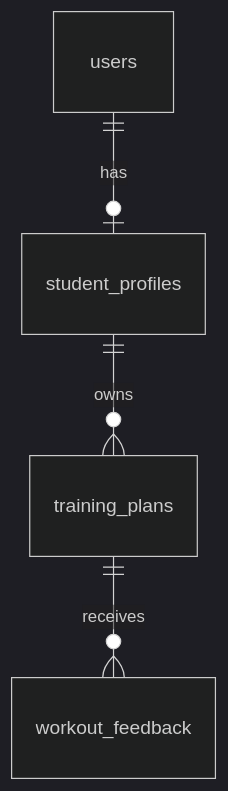
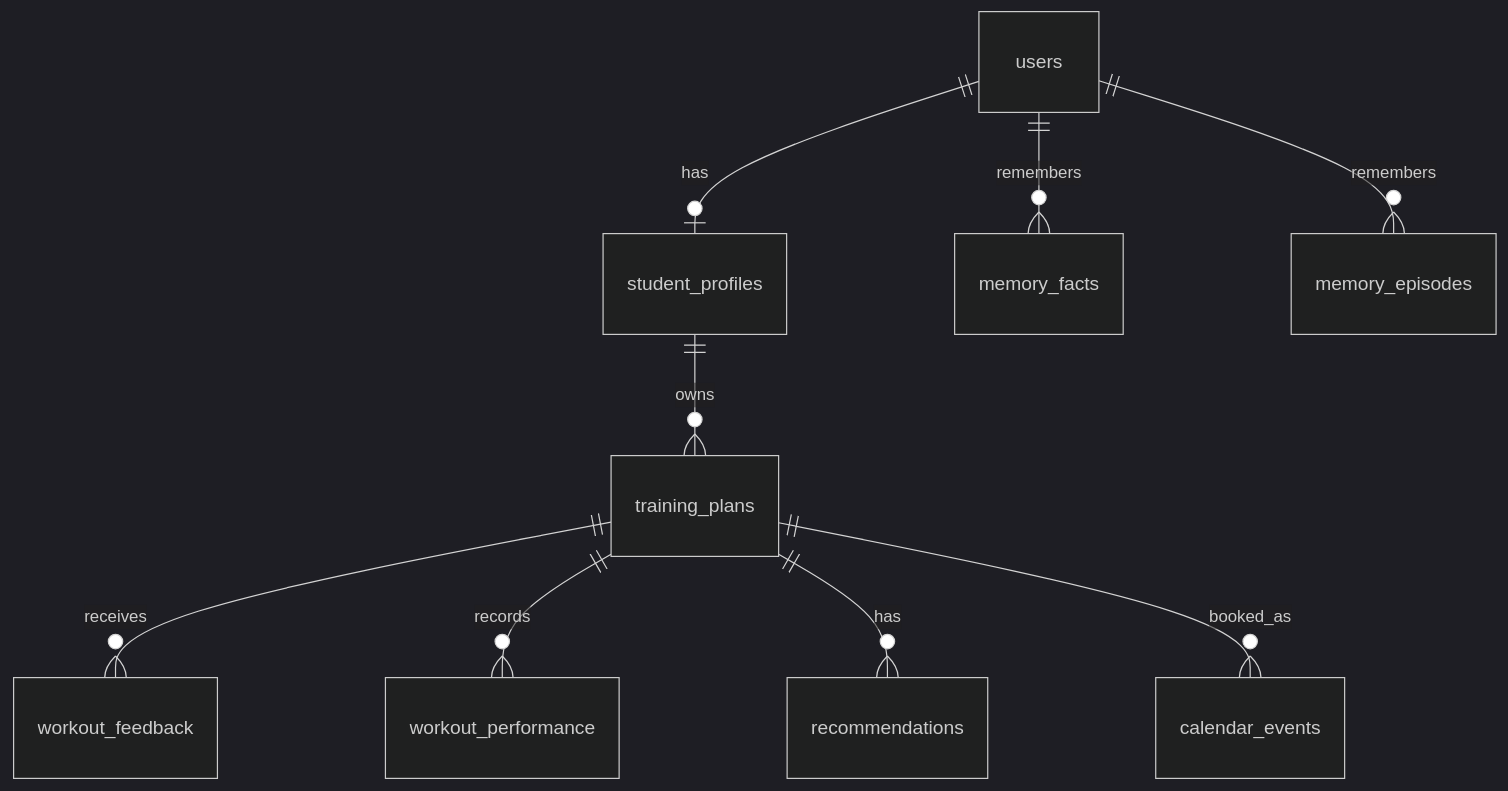
One commit to Kingflow-23/RepWise changed the diagram in docs/api.md. Above: the diagram before and after it, drawn with Mermaid (dark theme). The commit also changed other lines of this file and 29 other files, not shown here.

````diff
--- a/docs/api.md
+++ b/docs/api.md
@@ -62,6 +62,11 @@
 ```mermaid
 erDiagram
     users ||--o| student_profiles : has
     student_profiles ||--o{ training_plans : owns
     training_plans ||--o{ workout_feedback : receives
+    training_plans ||--o{ workout_performance : records
+    training_plans ||--o{ recommendations : has
+    training_plans ||--o{ calendar_events : booked_as
+    users ||--o{ memory_facts : remembers
+    users ||--o{ memory_episodes : remembers
 ```
````
